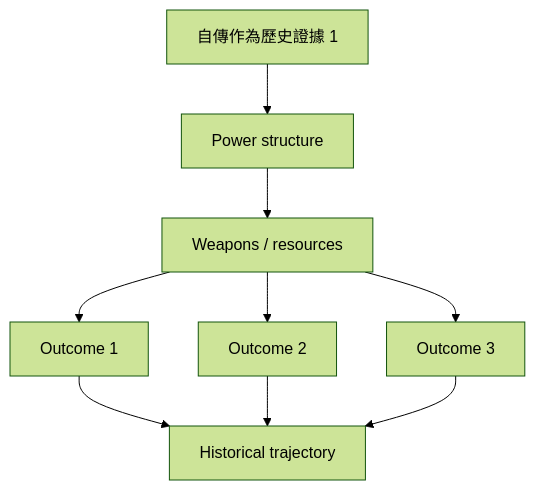
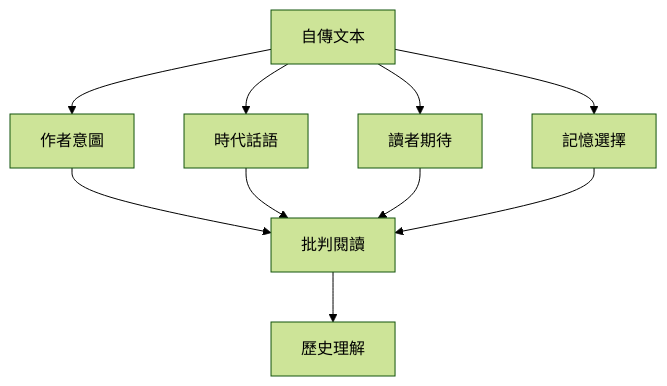
Before and after one commit to yip-lgtm/HKU-Harvard-History-Self-Study: the first of 6 diagrams in 01_HKU_Courses/HIST2070_Stories_of_Self.md, drawn with Mermaid (forest theme). The commit also changed other lines of this file and 48 other files, not shown here.

````diff
--- a/01_HKU_Courses/HIST2070_Stories_of_Self.md
+++ b/01_HKU_Courses/HIST2070_Stories_of_Self.md
@@ -107,11 +87,12 @@
 ```mermaid
-graph TD
-    A[自傳作為歷史證據 1] --> B[Power structure]
-    B --> C[Weapons / resources]
-    C --> D[Outcome 1]
-    C --> E[Outcome 2]
-    C --> F[Outcome 3]
-    D --> G[Historical trajectory]
-    E --> G
-    F --> G
+flowchart TD
+    A[自傳文本] --> B[作者意圖]
+    A --> C[時代話語]
+    A --> D[讀者期待]
+    A --> E[記憶選擇]
+    B --> F[批判閱讀]
+    C --> F
+    D --> F
+    E --> F
+    F --> G[歷史理解]
 ```
````
